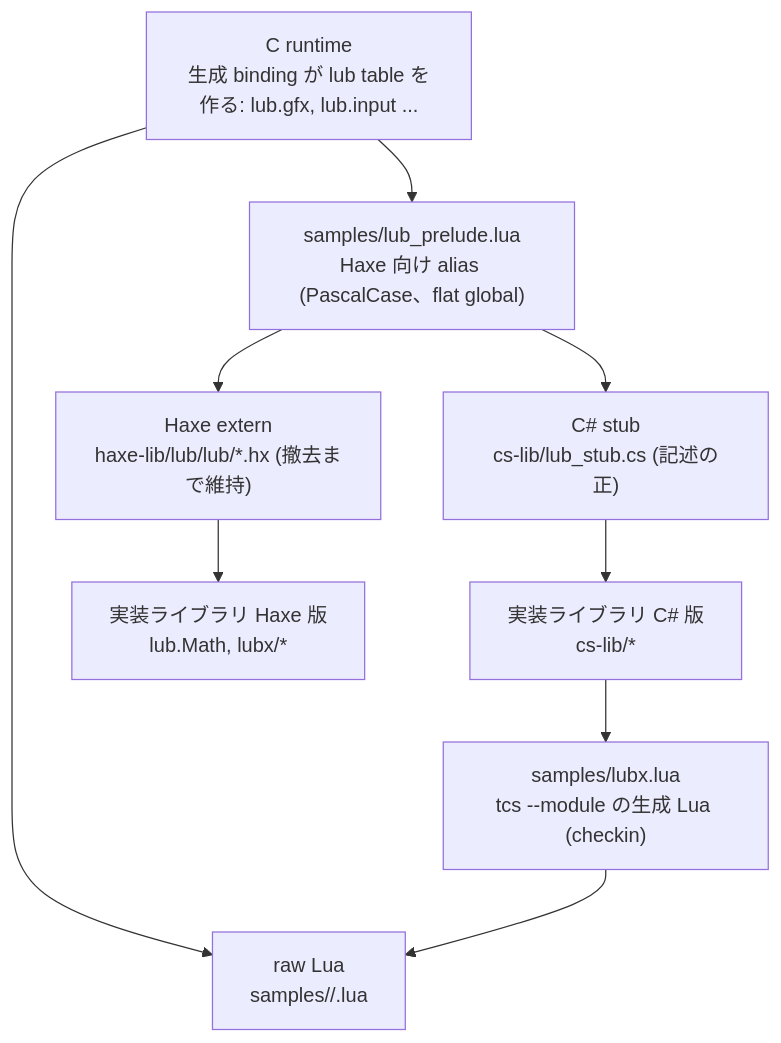
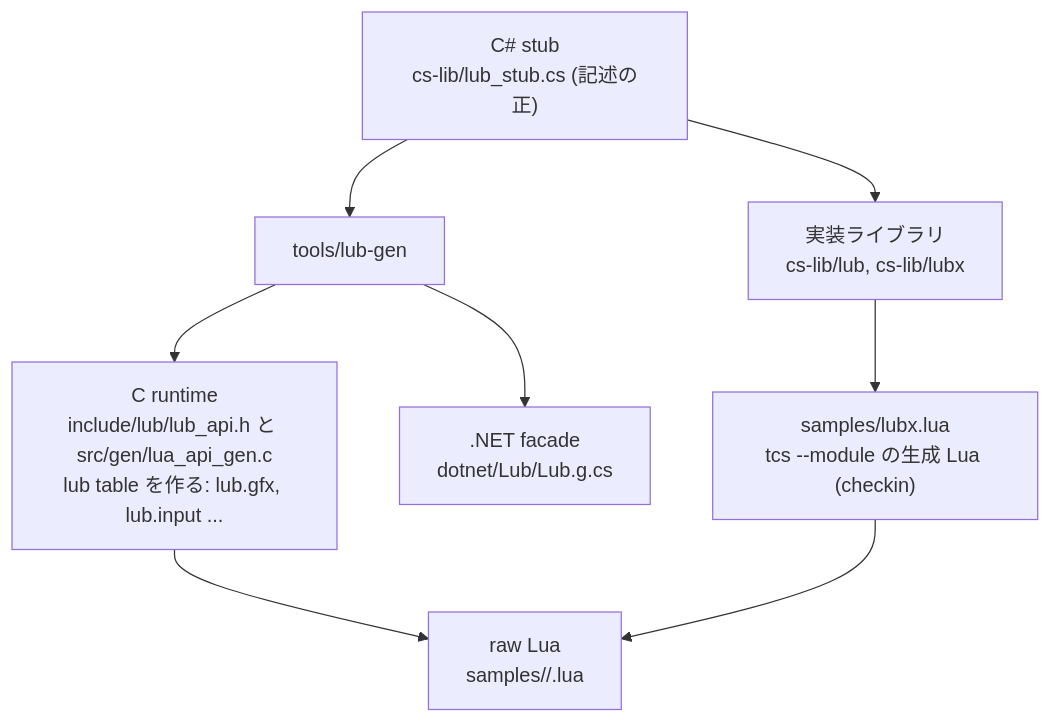
The diagram in docs/api-glue.md (neguse/lub), drawn with Mermaid before and after one commit. The commit also changed other lines of this file and 343 other files, not shown here.

First line of the commit message:
Haxe を撤去して C# と raw Lua だけの構成にする

````diff
--- a/docs/api-glue.md
+++ b/docs/api-glue.md
@@ -10,11 +9,10 @@
 ```mermaid
 graph TD
-    C["C runtime<br/>生成 binding が lub table を作る: lub.gfx, lub.input ..."] --> P["samples/lub_prelude.lua<br/>Haxe 向け alias (PascalCase、flat global)"]
+    S["C# stub<br/>cs-lib/lub_stub.cs (記述の正)"] --> G["tools/lub-gen"]
+    G --> C["C runtime<br/>include/lub/lub_api.h と src/gen/lua_api_gen.c<br/>lub table を作る: lub.gfx, lub.input ..."]
+    G --> F[".NET facade<br/>dotnet/Lub/Lub.g.cs"]
+    S --> CS["実装ライブラリ<br/>cs-lib/lub, cs-lib/lubx"]
+    CS --> LX["samples/lubx.lua<br/>tcs --module の生成 Lua (checkin)"]
     C --> L["raw Lua<br/>samples/<name>/<name>.lua"]
-    CS --> LX["samples/lubx.lua<br/>tcs --module の生成 Lua (checkin)"]
     LX --> L
-    P --> S["C# stub<br/>cs-lib/lub_stub.cs (記述の正)"]
-    P --> H["Haxe extern<br/>haxe-lib/lub/lub/*.hx (撤去まで維持)"]
-    S --> CS["実装ライブラリ C# 版<br/>cs-lib/*"]
-    H --> HX["実装ライブラリ Haxe 版<br/>lub.Math, lubx/*"]
 ```
````
